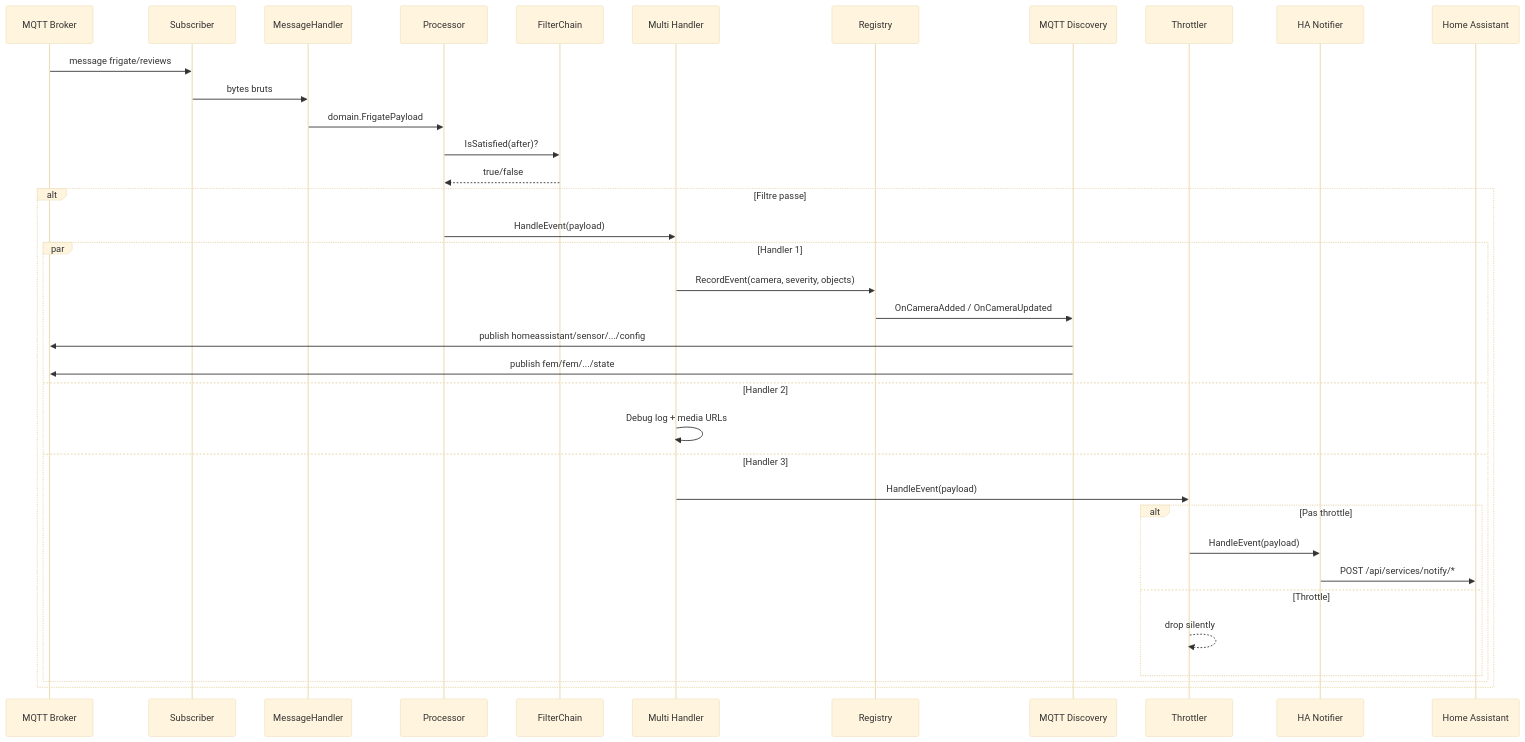
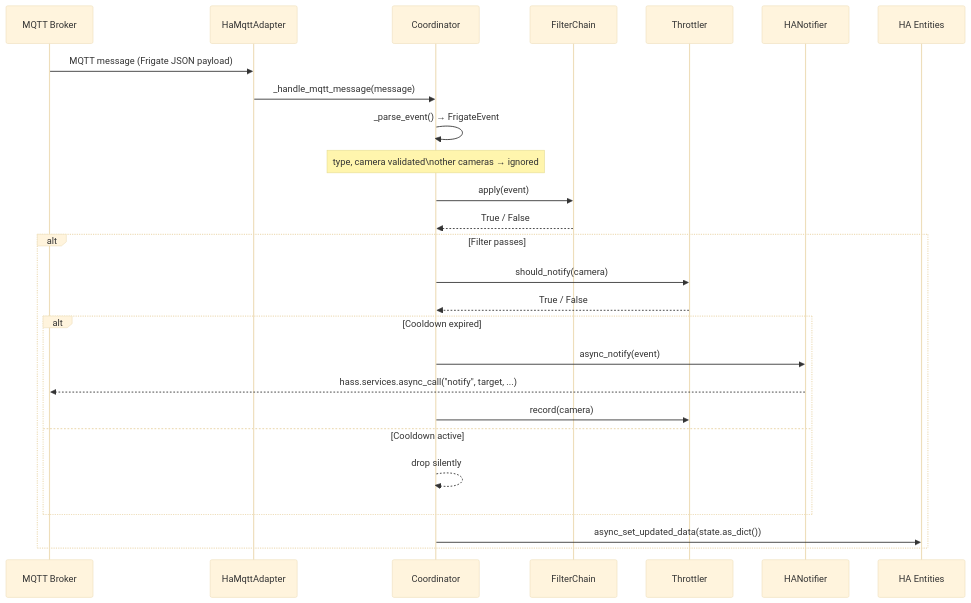
The second of 5 diagrams in docs/architecture.md (trowaflo/frigate-event-manager), drawn with Mermaid (base theme) before and after one commit. The commit also changed other lines of this file and 140 other files, not shown here.

````diff
--- a/docs/architecture.md
+++ b/docs/architecture.md
@@ -70,40 +72,33 @@
 ```mermaid
 sequenceDiagram
     participant B as MQTT Broker
-    participant S as Subscriber
-    participant MH as MessageHandler
-    participant P as Processor
+    participant A as HaMqttAdapter
+    participant C as Coordinator
     participant F as FilterChain
-    participant M as Multi Handler
-    participant R as Registry
-    participant D as MQTT Discovery
     participant T as Throttler
-    participant N as HA Notifier
-    participant HA as Home Assistant
+    participant N as HANotifier
+    participant E as HA Entities
 
-    B->>S: message frigate/reviews
-    S->>MH: bytes bruts
-    MH->>P: domain.FrigatePayload
-    P->>F: IsSatisfied(after)?
-    F-->>P: true/false
+    B->>A: MQTT message (Frigate JSON payload)
+    A->>C: _handle_mqtt_message(message)
+    C->>C: _parse_event() → FrigateEvent
+    Note over C: type, camera validated\nother cameras → ignored
 
-    alt Filtre passe
-        P->>M: HandleEvent(payload)
-        par Handler 1
-            M->>R: RecordEvent(camera, severity, objects)
-            R->>D: OnCameraAdded / OnCameraUpdated
-            D->>B: publish homeassistant/sensor/.../config
-            D->>B: publish fem/fem/.../state
-        and Handler 2
-            M->>M: Debug log + media URLs
-        and Handler 3
-            M->>T: HandleEvent(payload)
-            alt Pas throttle
-                T->>N: HandleEvent(payload)
-                N->>HA: POST /api/services/notify/*
-            else Throttle
-                T-->>T: drop silently
-            end
+    C->>F: apply(event)
+    F-->>C: True / False
+
+    alt Filter passes
+        C->>T: should_notify(camera)
+        T-->>C: True / False
+
+        alt Cooldown expired
+            C->>N: async_notify(event)
+            N-->>B: hass.services.async_call("notify", target, ...)
+            C->>T: record(camera)
+        else Cooldown active
+            C-->>C: drop silently
         end
+
+        C->>E: async_set_updated_data(state.as_dict())
     end
 ```
````
